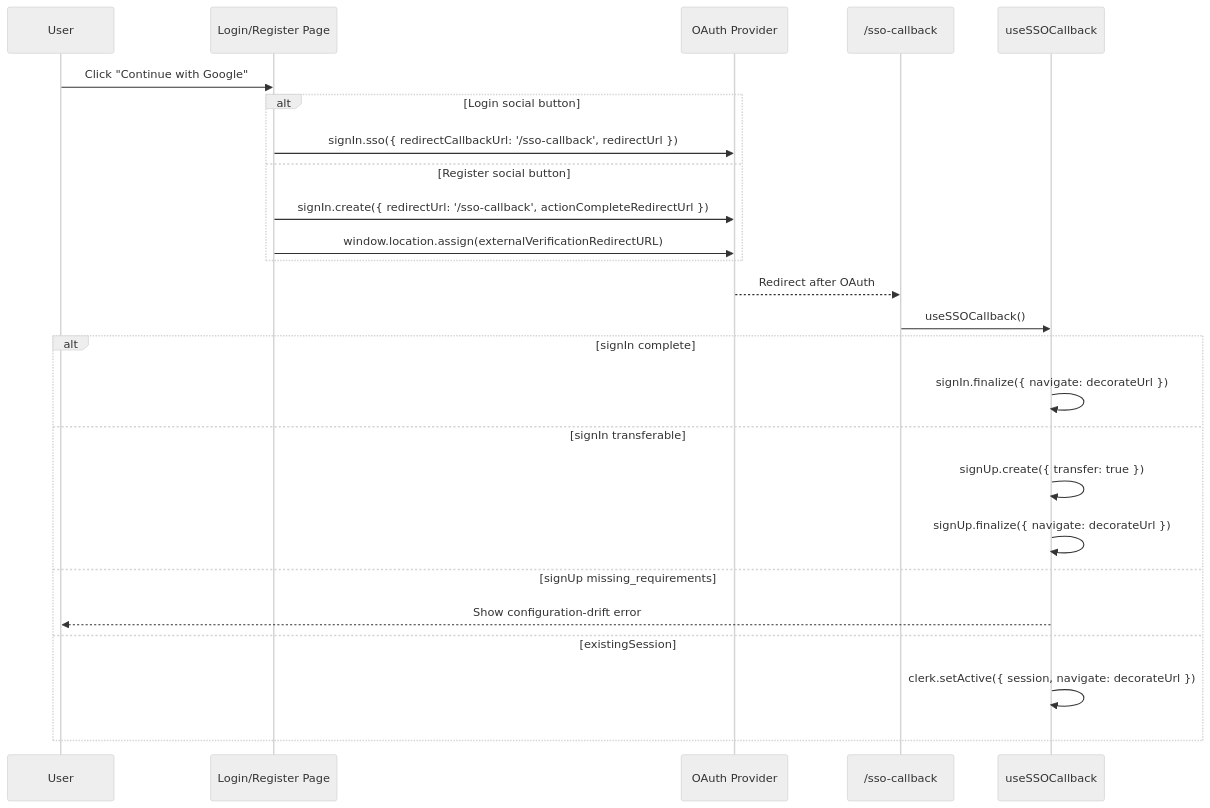
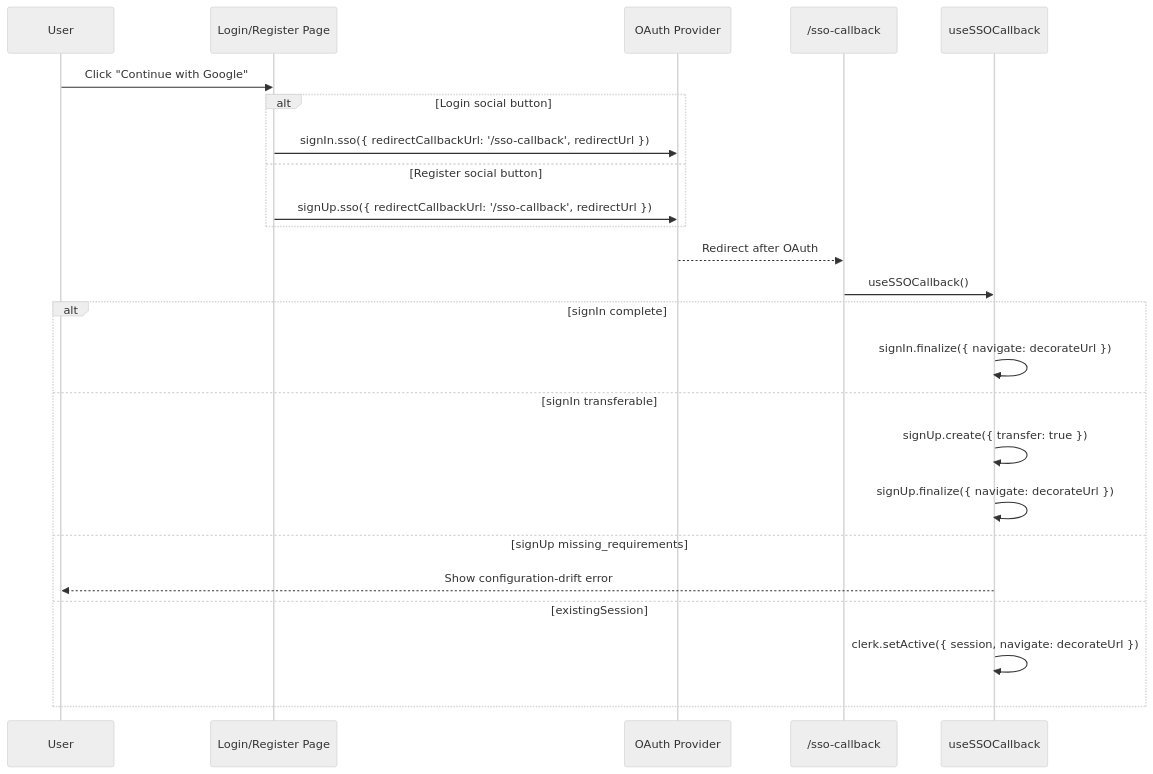
Before and after one commit to myusubov/tailorcv: the diagram in docs/architecture/auth/sso/README.md, drawn with Mermaid (neutral theme). The commit also changed other lines of this file and 10 other files, not shown here.

````diff
--- a/docs/architecture/auth/sso/README.md
+++ b/docs/architecture/auth/sso/README.md
@@ -54,28 +53,27 @@
 ```mermaid
 sequenceDiagram
     participant U as User
     participant L as Login/Register Page
     participant O as OAuth Provider
     participant CB as /sso-callback
     participant Hook as useSSOCallback
 
     U->>L: Click "Continue with Google"
     alt Login social button
         L->>O: signIn.sso({ redirectCallbackUrl: '/sso-callback', redirectUrl })
     else Register social button
-        L->>O: signIn.create({ redirectUrl: '/sso-callback', actionCompleteRedirectUrl })
-        L->>O: window.location.assign(externalVerificationRedirectURL)
+        L->>O: signUp.sso({ redirectCallbackUrl: '/sso-callback', redirectUrl })
     end
     O-->>CB: Redirect after OAuth
     CB->>Hook: useSSOCallback()
     alt signIn complete
         Hook->>Hook: signIn.finalize({ navigate: decorateUrl })
     else signIn transferable
         Hook->>Hook: signUp.create({ transfer: true })
         Hook->>Hook: signUp.finalize({ navigate: decorateUrl })
     else signUp missing_requirements
         Hook-->>U: Show configuration-drift error
     else existingSession
         Hook->>Hook: clerk.setActive({ session, navigate: decorateUrl })
     end
 ```
````
